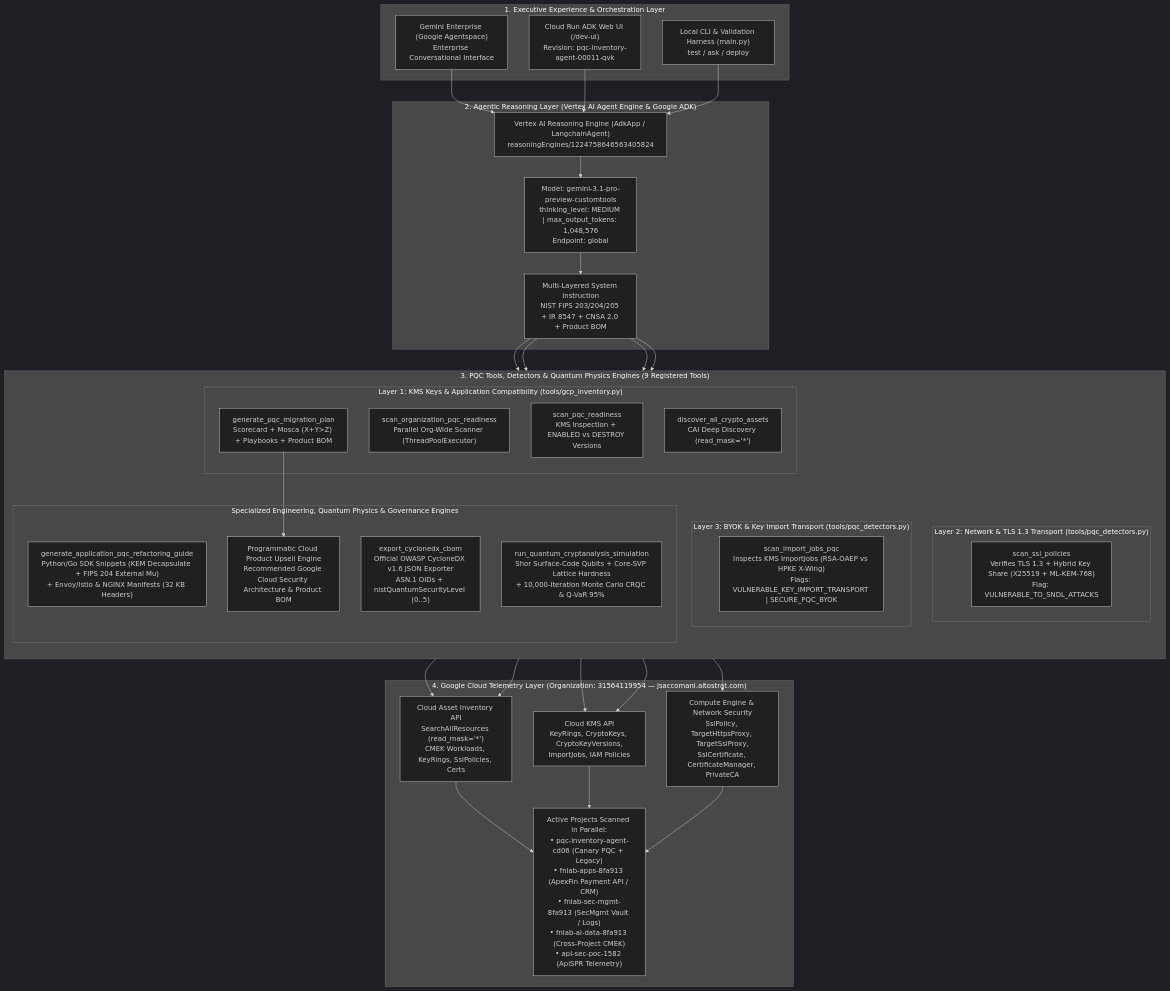
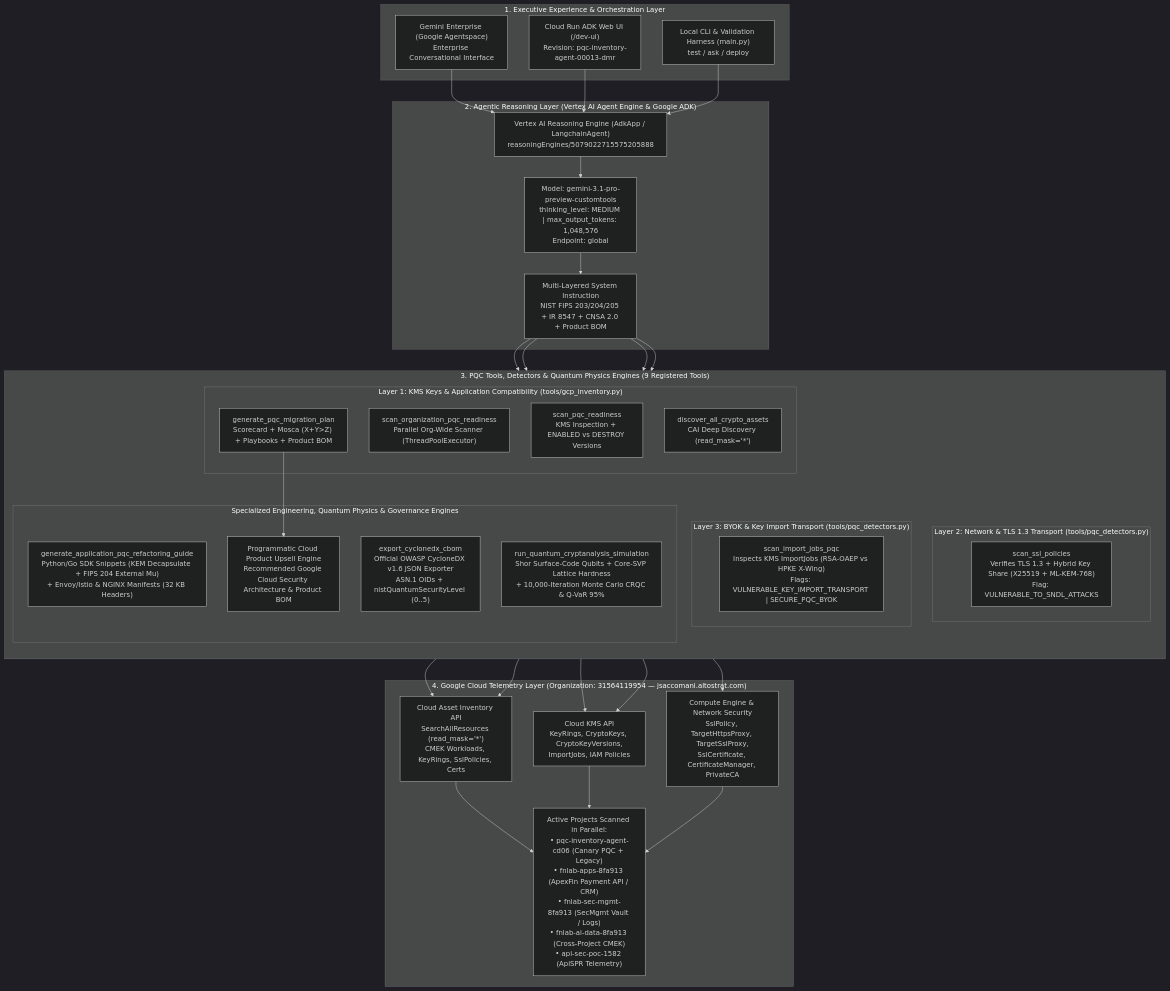
One commit to g-jsaccomani/pqc_inventory_agent changed the first of 4 diagrams in README.md. Above: the diagram before and after it, drawn with Mermaid (dark theme). The commit also changed other lines of this file, not shown here.

Commit message:
docs(readme): update active Cloud Run revision to pqc-inventory-agent-00013-dmr and Agent Engine ID to 5079022715575205888

````diff
--- a/README.md
+++ b/README.md
@@ -35,67 +35,67 @@
 ```mermaid
 flowchart TB
     subgraph UX["1. Executive Experience & Orchestration Layer"]
         GE["Gemini Enterprise (Google Agentspace)<br/>Enterprise Conversational Interface"]
-        CR["Cloud Run ADK Web UI (/dev-ui)<br/>Revision: pqc-inventory-agent-00011-qvk"]
+        CR["Cloud Run ADK Web UI (/dev-ui)<br/>Revision: pqc-inventory-agent-00013-dmr"]
         CLI["Local CLI & Validation Harness (main.py)<br/>test / ask / deploy"]
     end
 
     subgraph BRAIN["2. Agentic Reasoning Layer (Vertex AI Agent Engine & Google ADK)"]
-        RE["Vertex AI Reasoning Engine (AdkApp / LangchainAgent)<br/>reasoningEngines/1224758646563405824"]
+        RE["Vertex AI Reasoning Engine (AdkApp / LangchainAgent)<br/>reasoningEngines/5079022715575205888"]
         LLM["Model: gemini-3.1-pro-preview-customtools<br/>thinking_level: MEDIUM | max_output_tokens: 1,048,576<br/>Endpoint: global"]
         SYS["Multi-Layered System Instruction<br/>NIST FIPS 203/204/205 + IR 8547 + CNSA 2.0 + Product BOM"]
         RE --> LLM
         LLM --> SYS
     end
 
     subgraph TOOLS["3. PQC Tools, Detectors & Quantum Physics Engines (9 Registered Tools)"]
         direction TB
         subgraph L1["Layer 1: KMS Keys & Application Compatibility (tools/gcp_inventory.py)"]
             T1["scan_organization_pqc_readiness<br/>Parallel Org-Wide Scanner (ThreadPoolExecutor)"]
             T2["scan_pqc_readiness<br/>KMS Inspection + ENABLED vs DESTROY Versions"]
             T3["discover_all_crypto_assets<br/>CAI Deep Discovery (read_mask='*')"]
             T4["generate_pqc_migration_plan<br/>Scorecard + Mosca (X+Y>Z) + Playbooks + Product BOM"]
         end
 
         subgraph L2["Layer 2: Network & TLS 1.3 Transport (tools/pqc_detectors.py)"]
             T5["scan_ssl_policies<br/>Verifies TLS 1.3 + Hybrid Key Share (X25519 + ML-KEM-768)<br/>Flag: VULNERABLE_TO_SNDL_ATTACKS"]
         end
 
         subgraph L3["Layer 3: BYOK & Key Import Transport (tools/pqc_detectors.py)"]
             T6["scan_import_jobs_pqc<br/>Inspects KMS ImportJobs (RSA-OAEP vs HPKE X-Wing)<br/>Flags: VULNERABLE_KEY_IMPORT_TRANSPORT | SECURE_PQC_BYOK"]
         end
 
         subgraph ENGINES["Specialized Engineering, Quantum Physics & Governance Engines"]
             T7["generate_application_pqc_refactoring_guide<br/>Python/Go SDK Snippets (KEM Decapsulate + FIPS 204 External Mu)<br/>+ Envoy/Istio & NGINX Manifests (32 KB Headers)"]
             T8["export_cyclonedx_cbom<br/>Official OWASP CycloneDX v1.6 JSON Exporter<br/>ASN.1 OIDs + nistQuantumSecurityLevel (0..5)"]
             T9["run_quantum_cryptanalysis_simulation<br/>Shor Surface-Code Qubits + Core-SVP Lattice Hardness<br/>+ 10,000-Iteration Monte Carlo CRQC & Q-VaR 95%"]
             BOM["Programmatic Cloud Product Upsell Engine<br/>Recommended Google Cloud Security Architecture & Product BOM"]
         end
     end
 
     subgraph GCP["4. Google Cloud Telemetry Layer (Organization: 31564119954 — jsaccomani.altostrat.com)"]
         CAI["Cloud Asset Inventory API<br/>SearchAllResources (read_mask='*')<br/>CMEK Workloads, KeyRings, SslPolicies, Certs"]
         KMS["Cloud KMS API<br/>KeyRings, CryptoKeys, CryptoKeyVersions,<br/>ImportJobs, IAM Policies"]
         NET["Compute Engine & Network Security<br/>SslPolicy, TargetHttpsProxy, TargetSslProxy,<br/>SslCertificate, CertificateManager, PrivateCA"]
         PROJECTS["Active Projects Scanned in Parallel:<br/>• pqc-inventory-agent-cd06 (Canary PQC + Legacy)<br/>• fnlab-apps-8fa913 (ApexFin Payment API / CRM)<br/>• fnlab-sec-mgmt-8fa913 (SecMgmt Vault / Logs)<br/>• fnlab-ai-data-8fa913 (Cross-Project CMEK)<br/>• api-sec-poc-1582 (ApiSPR Telemetry)"]
     end
 
     GE --> RE
     CR --> RE
     CLI --> RE
 
     SYS --> L1
     SYS --> L2
     SYS --> L3
     SYS --> ENGINES
     T4 --> BOM
 
     L1 --> CAI
     L1 --> KMS
     L2 --> CAI
     L2 --> NET
     L3 --> KMS
     CAI --> PROJECTS
     KMS --> PROJECTS
     NET --> PROJECTS
 ```
````
